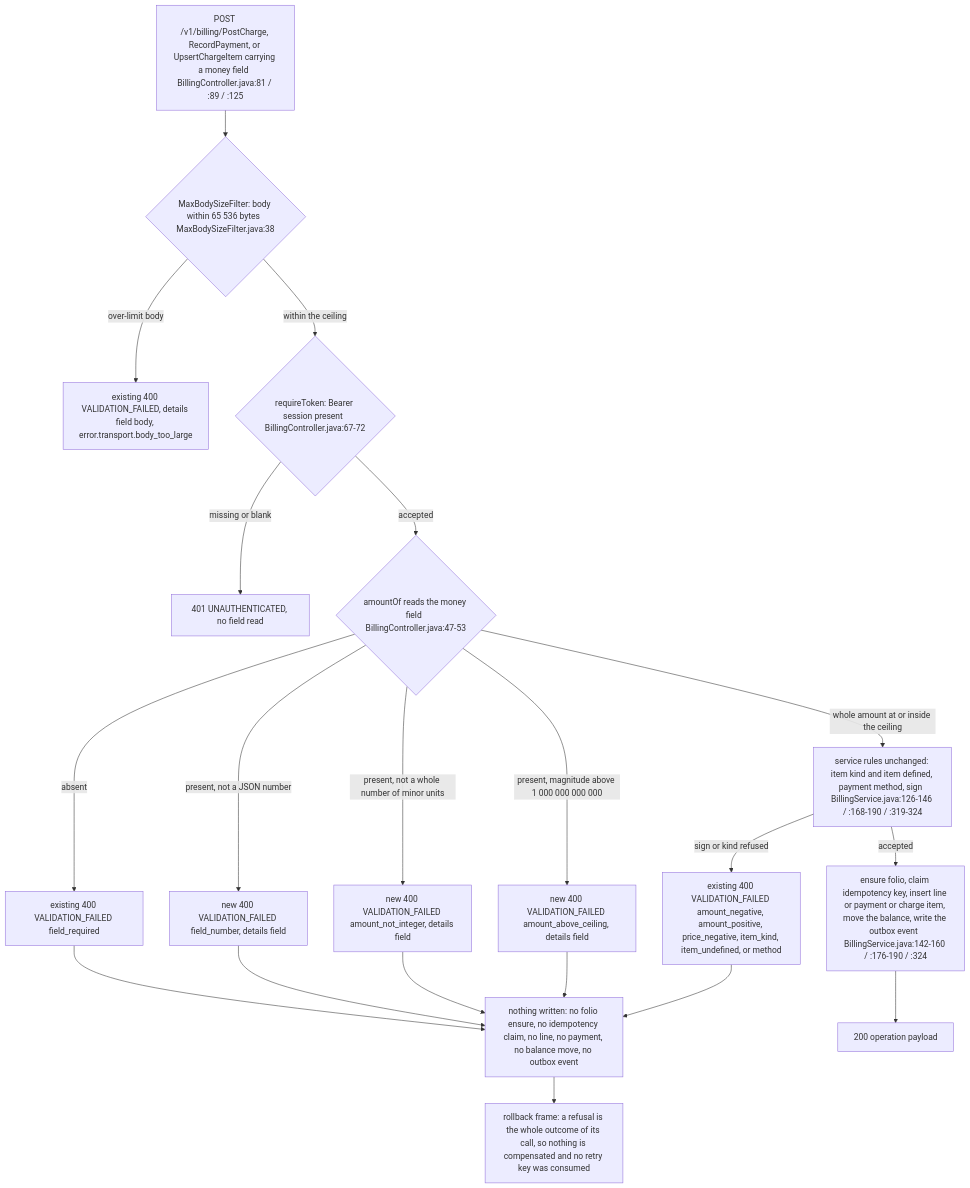
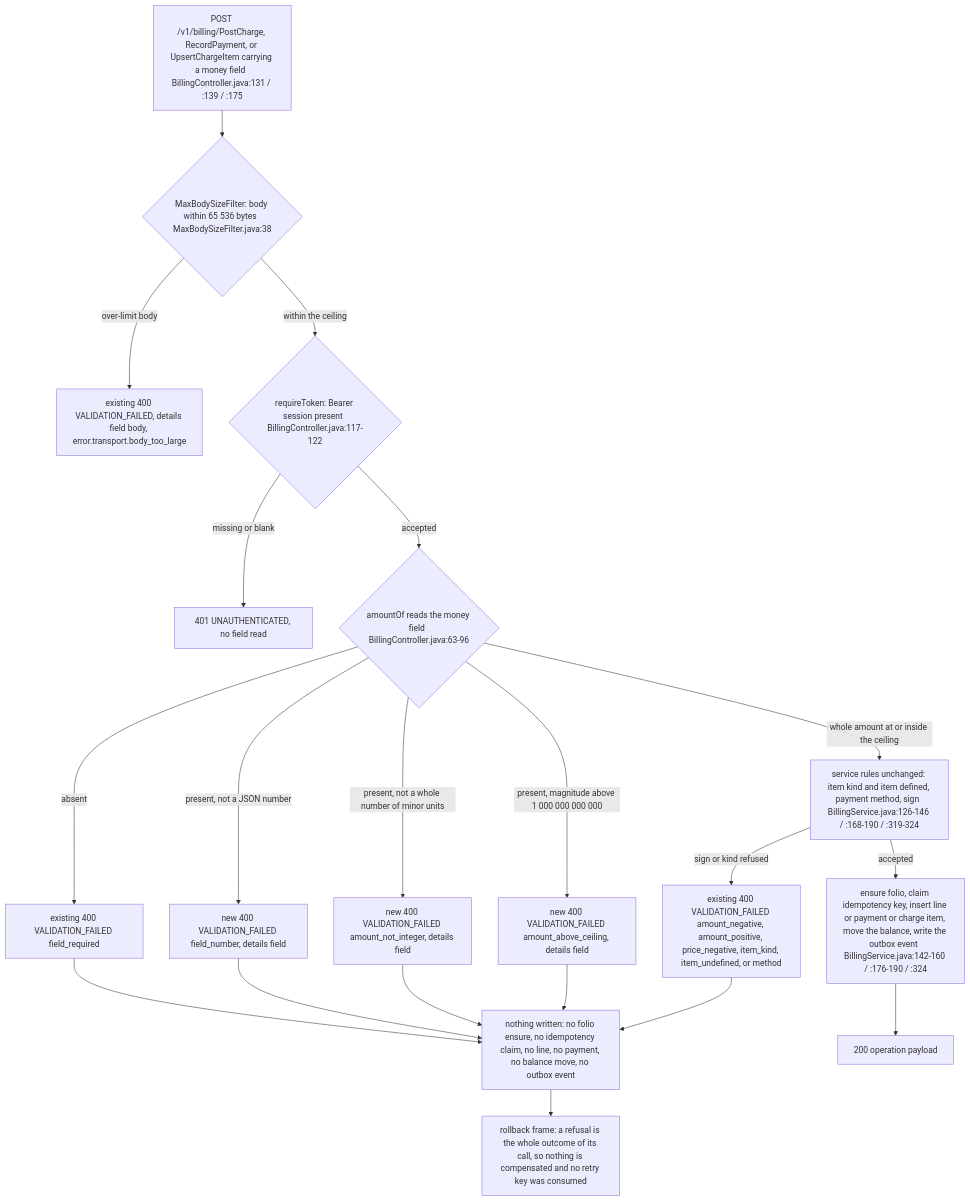
Diagram 51 of 51 in docs/architecture/lld.md (MingChen1501/hotel-mgmt), drawn with Mermaid before and after one commit. The commit also changed other lines of this file and 17 other files, not shown here.

First line of the commit message:
fix(billing): Reject fractional and over-ceiling money amounts (#721)

````diff
--- a/docs/architecture/lld.md
+++ b/docs/architecture/lld.md
@@ -5775,22 +5780,22 @@
 ```mermaid
 flowchart TD
-    A[POST /v1/billing/PostCharge, RecordPayment, or UpsertChargeItem carrying a money field  BillingController.java:81 / :89 / :125] --> B{MaxBodySizeFilter: body within 65 536 bytes  MaxBodySizeFilter.java:38}
+    A[POST /v1/billing/PostCharge, RecordPayment, or UpsertChargeItem carrying a money field  BillingController.java:131 / :139 / :175] --> B{MaxBodySizeFilter: body within 65 536 bytes  MaxBodySizeFilter.java:38}
     B -->|over-limit body| X1[existing 400 VALIDATION_FAILED, details field body, error.transport.body_too_large]
-    B -->|within the ceiling| C{requireToken: Bearer session present  BillingController.java:67-72}
+    B -->|within the ceiling| C{requireToken: Bearer session present  BillingController.java:117-122}
     C -->|missing or blank| X2[401 UNAUTHENTICATED, no field read]
-    C -->|accepted| D{amountOf reads the money field  BillingController.java:47-53}
+    C -->|accepted| D{amountOf reads the money field  BillingController.java:63-96}
     D -->|absent| R1[existing 400 VALIDATION_FAILED field_required]
     D -->|present, not a JSON number| R2[new 400 VALIDATION_FAILED field_number, details field]
     D -->|present, not a whole number of minor units| R3[new 400 VALIDATION_FAILED amount_not_integer, details field]
     D -->|present, magnitude above 1 000 000 000 000| R4[new 400 VALIDATION_FAILED amount_above_ceiling, details field]
     R1 --> E[nothing written: no folio ensure, no idempotency claim, no line, no payment, no balance move, no outbox event]
     R2 --> E
     R3 --> E
     R4 --> E
     D -->|whole amount at or inside the ceiling| F[service rules unchanged: item kind and item defined, payment method, sign  BillingService.java:126-146 / :168-190 / :319-324]
     F -->|sign or kind refused| V[existing 400 VALIDATION_FAILED amount_negative, amount_positive, price_negative, item_kind, item_undefined, or method]
     V --> E
     F -->|accepted| G[ensure folio, claim idempotency key, insert line or payment or charge item, move the balance, write the outbox event  BillingService.java:142-160 / :176-190 / :324]
     G --> H[200 operation payload]
     E --> E2[rollback frame: a refusal is the whole outcome of its call, so nothing is compensated and no retry key was consumed]
 ```
````
